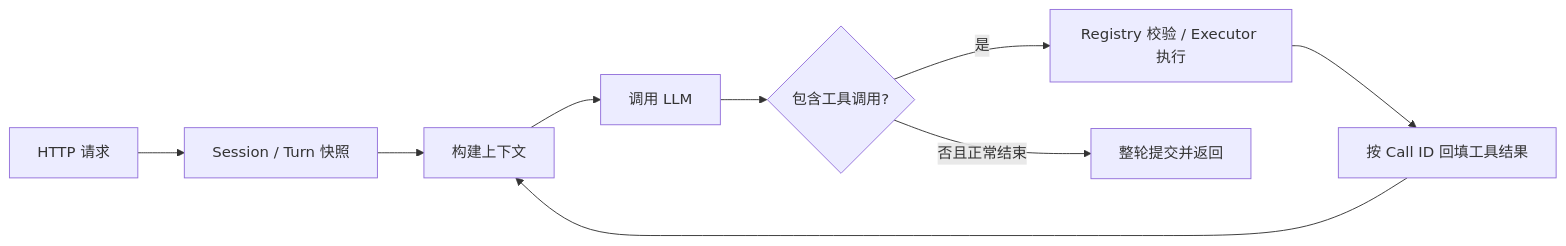
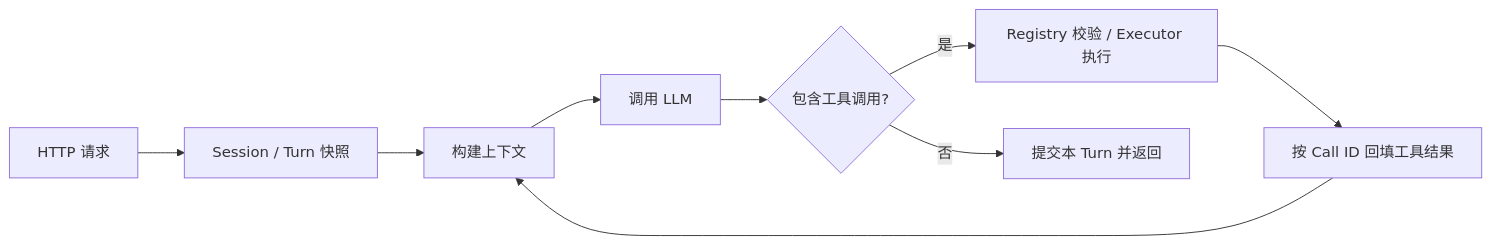
The diagram in README.md (WenqingSong/mini-agent-go), drawn with Mermaid before and after one commit. The commit also changed other lines of this file, not shown here.

````diff
--- a/README.md
+++ b/README.md
@@ -114,11 +109,11 @@
 ```mermaid
 flowchart LR
     H[HTTP 请求] --> S[Session / Turn 快照]
     S --> C[构建上下文]
     C --> L[调用 LLM]
     L --> D{包含工具调用?}
     D -->|是| T[Registry 校验 / Executor 执行]
     T --> R[按 Call ID 回填工具结果]
     R --> C
-    D -->|否且正常结束| F[整轮提交并返回]
+    D -->|否| F[提交本 Turn 并返回]
 ```
````
